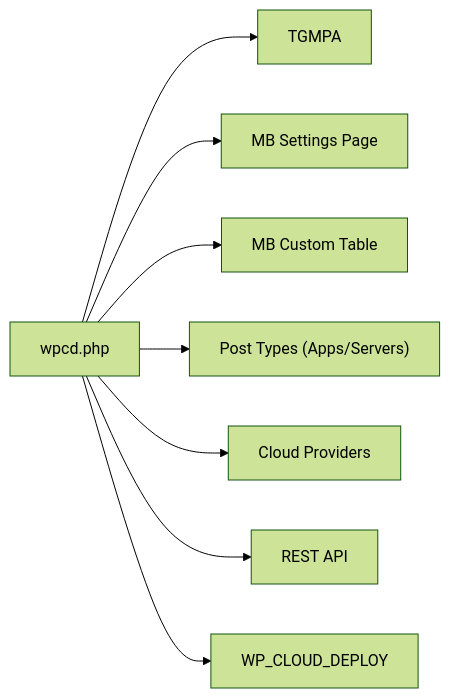
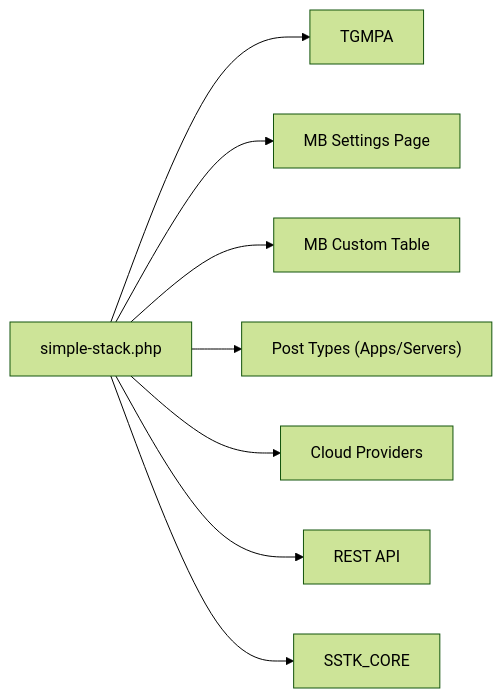
Before and after one commit to onedogsolutions/simple-stack: the tenth of 10 diagrams in .qoder/repowiki/en/content/Core Components/Core Components.md, drawn with Mermaid (forest theme). The commit also changed other lines of this file and 5941 other files, not shown here.

First line of the commit message:
refactor(core): rebrand WPCloudDeploy to Simple Stack with new namespaces and prefixes

````diff
--- a/.qoder/repowiki/en/content/Core Components/Core Components.md
+++ b/.qoder/repowiki/en/content/Core Components/Core Components.md
@@ -402,10 +402,10 @@
 ```mermaid
 graph LR
-Boot["wpcd.php"] --> TGMPA["TGMPA"]
+Boot["simple-stack.php"] --> TGMPA["TGMPA"]
 Boot --> MBSettings["MB Settings Page"]
 Boot --> MBCustomTable["MB Custom Table"]
 Boot --> CorePostTypes["Post Types (Apps/Servers)"]
 Boot --> Providers["Cloud Providers"]
 Boot --> REST["REST API"]
-Boot --> AppMain["WP_CLOUD_DEPLOY"]
+Boot --> AppMain["SSTK_CORE"]
 ```
````
